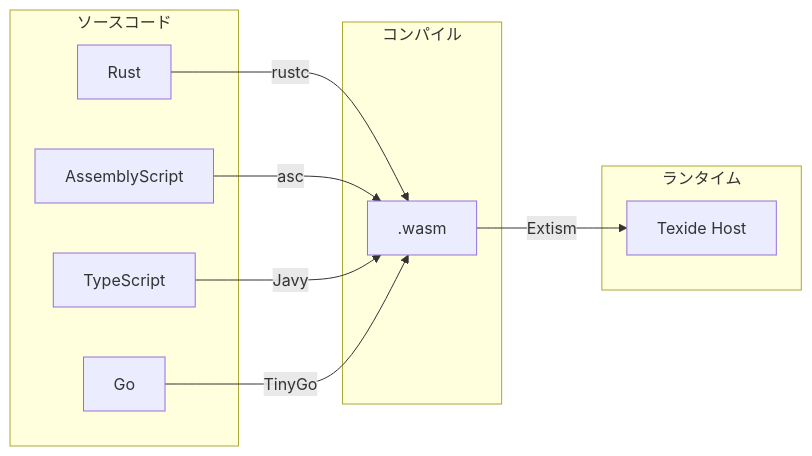
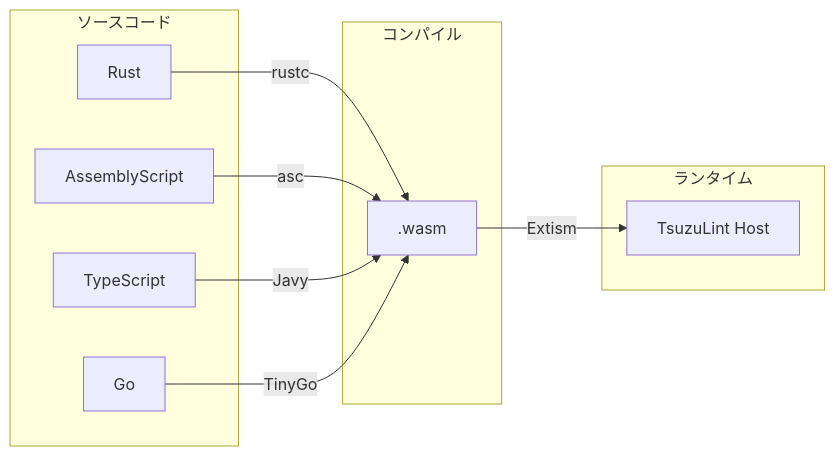
Before and after one commit to simorgh3196/tsuzulint: the first of 4 diagrams in docs/roadmap.md, drawn with Mermaid. The commit also changed other lines of this file and 148 other files, not shown here.

First line of the commit message:
refactor: rename project from Texide to TsuzuLint (Issue #26)

````diff
--- a/docs/roadmap.md
+++ b/docs/roadmap.md
@@ -118,20 +118,20 @@
 ```mermaid
 graph LR
     subgraph ソースコード
         RS[Rust]
         AS[AssemblyScript]
         TS[TypeScript]
         GO[Go]
     end
 
     subgraph コンパイル
         RS --> |rustc| WASM[.wasm]
         AS --> |asc| WASM
         TS --> |Javy| WASM
         GO --> |TinyGo| WASM
     end
 
     subgraph ランタイム
-        WASM --> |Extism| HOST[Texide Host]
+        WASM --> |Extism| HOST[TsuzuLint Host]
     end
 ```
````
